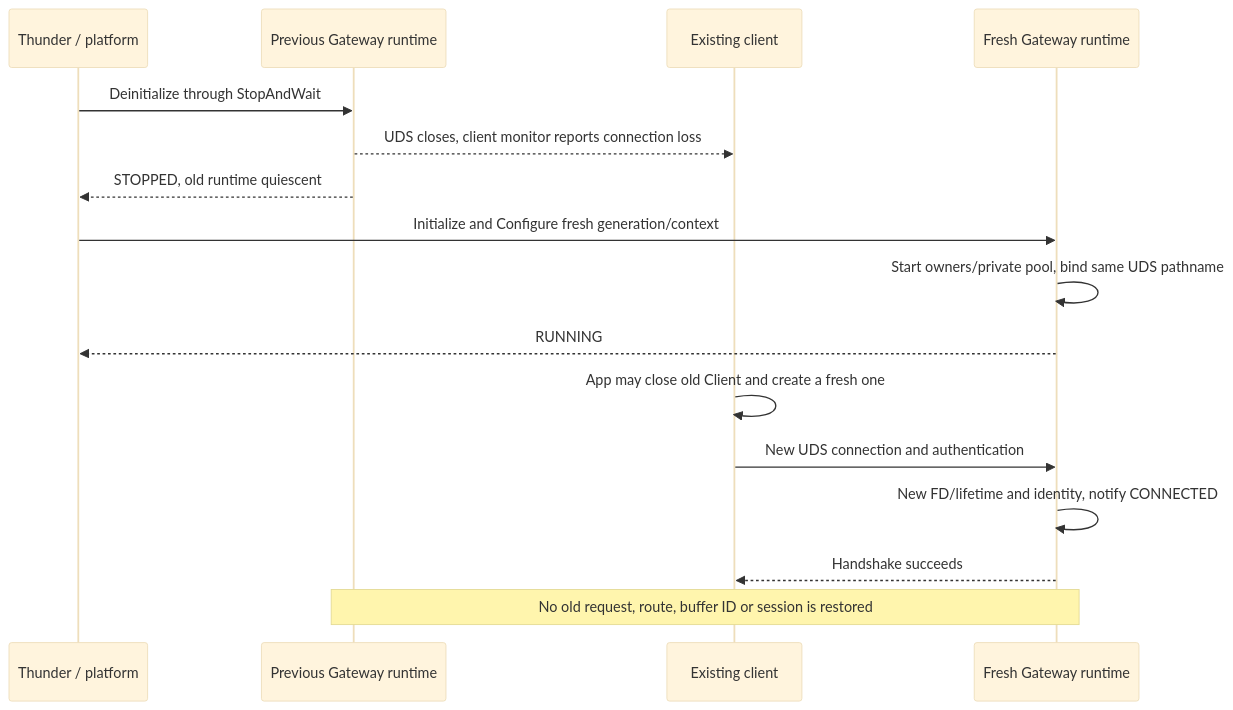
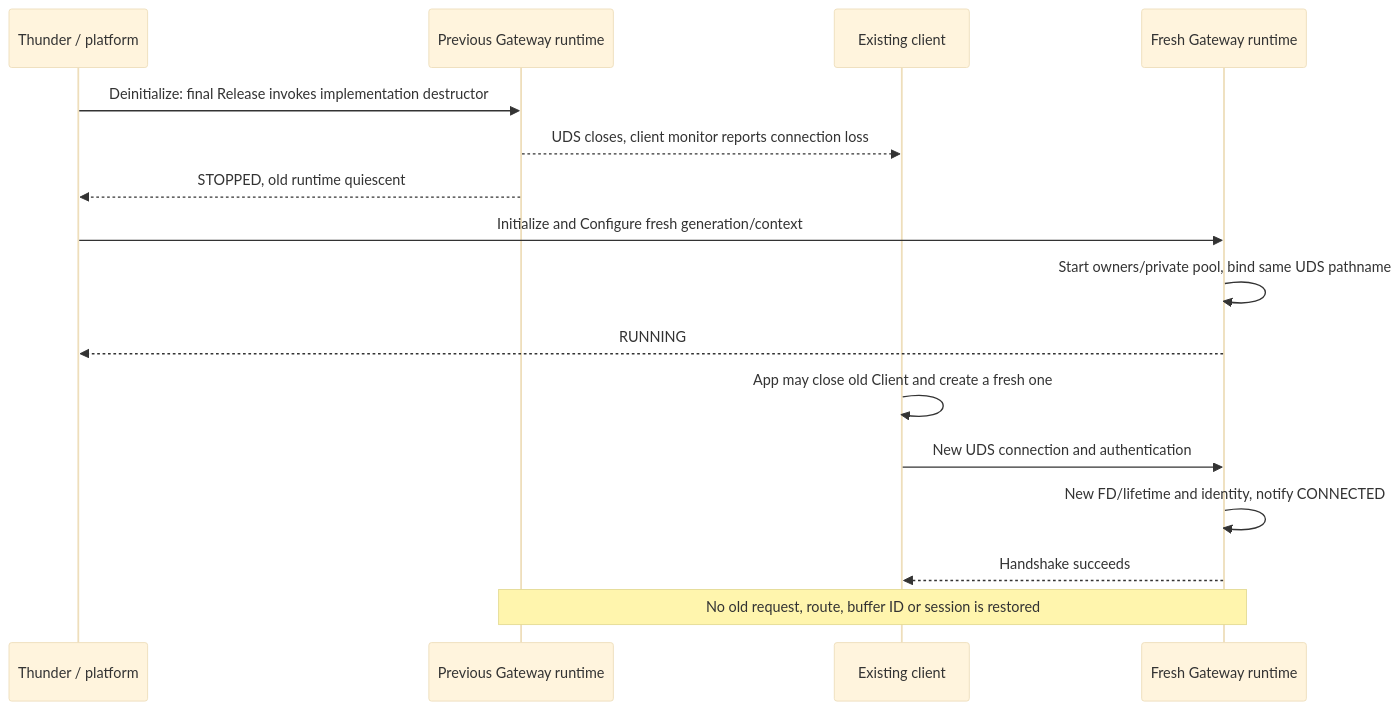
Diagram 19 of 19 in doc/EyilGateway.md (rdkcentral/eyil-secure-gateway), drawn with Mermaid (base theme) before and after one commit. The commit also changed other lines of this file and 61 other files, not shown here.

````diff
--- a/doc/EyilGateway.md
+++ b/doc/EyilGateway.md
@@ -2778,18 +2822,18 @@
 ```mermaid
 sequenceDiagram
     participant T as Thunder / platform
     participant OLD as Previous Gateway runtime
     participant C as Existing client
     participant NEW as Fresh Gateway runtime
-    T->>OLD: Deinitialize through StopAndWait
+    T->>OLD: Deinitialize: final Release invokes implementation destructor
     OLD-->>C: UDS closes, client monitor reports connection loss
     OLD-->>T: STOPPED, old runtime quiescent
     T->>NEW: Initialize and Configure fresh generation/context
     NEW->>NEW: Start owners/private pool, bind same UDS pathname
     NEW-->>T: RUNNING
     C->>C: App may close old Client and create a fresh one
     C->>NEW: New UDS connection and authentication
     NEW->>NEW: New FD/lifetime and identity, notify CONNECTED
     NEW-->>C: Handshake succeeds
     Note over OLD,NEW: No old request, route, buffer ID or session is restored
 ```
````
